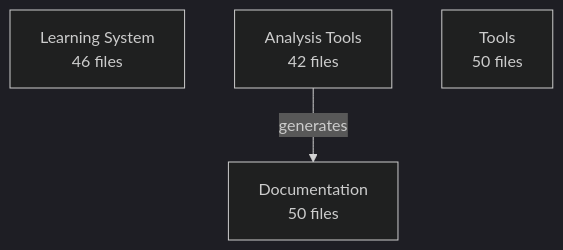
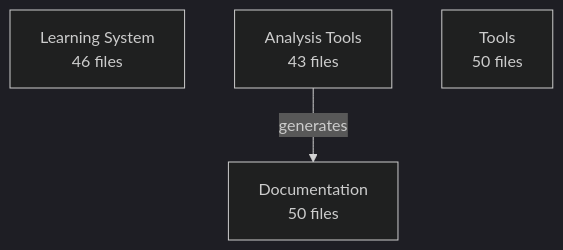
Before and after one commit to enufacas/Chained: the diagram in docs/data/architecture/architecture.mmd, drawn with Mermaid (dark theme). The commit also changed 6 other files, not shown here.

First line of the commit message:
🏗️ Update architecture evolution tracking

```diff
--- a/docs/data/architecture/architecture.mmd
+++ b/docs/data/architecture/architecture.mmd
@@ -1,6 +1,6 @@
 graph TD
     learning_system[Learning System<br/>46 files]
-    analysis_tools[Analysis Tools<br/>42 files]
+    analysis_tools[Analysis Tools<br/>43 files]
     documentation[Documentation<br/>50 files]
     tools[Tools<br/>50 files]
     analysis_tools -->|generates| documentation
```
